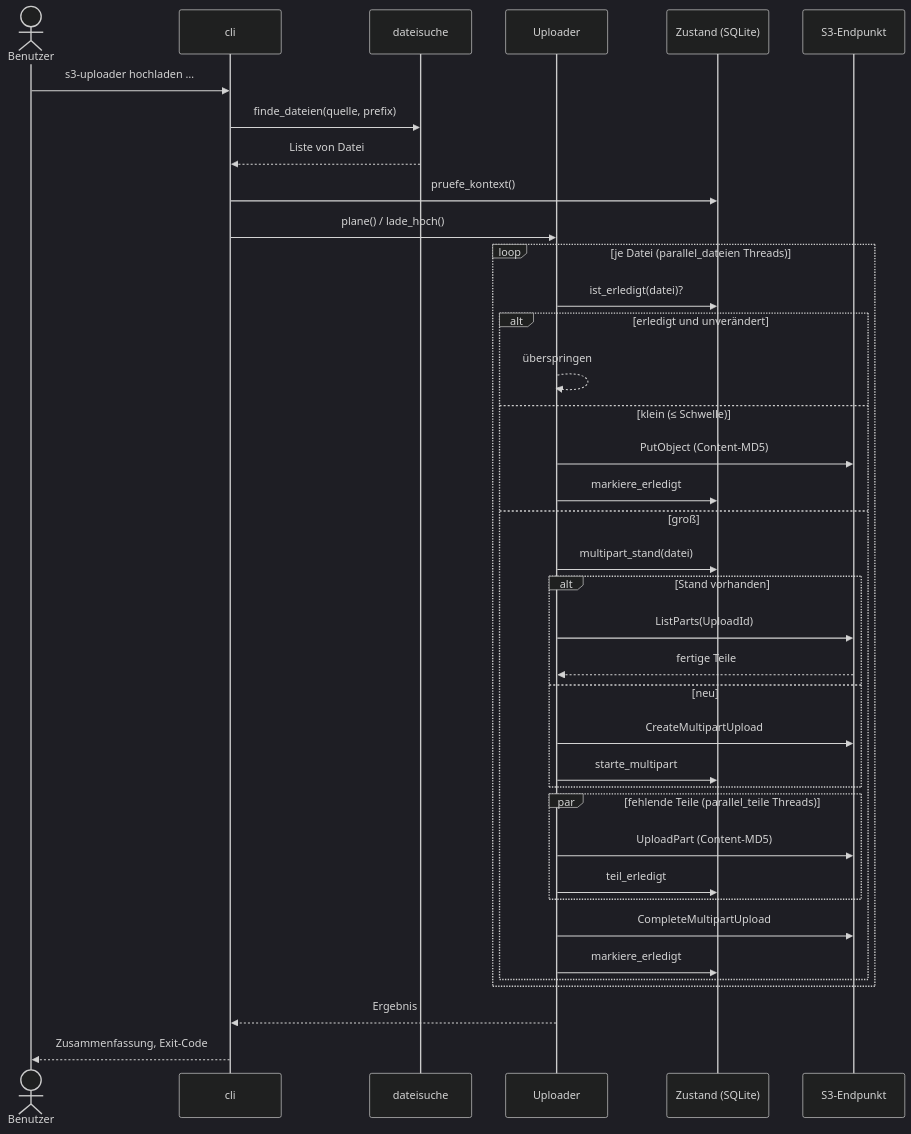
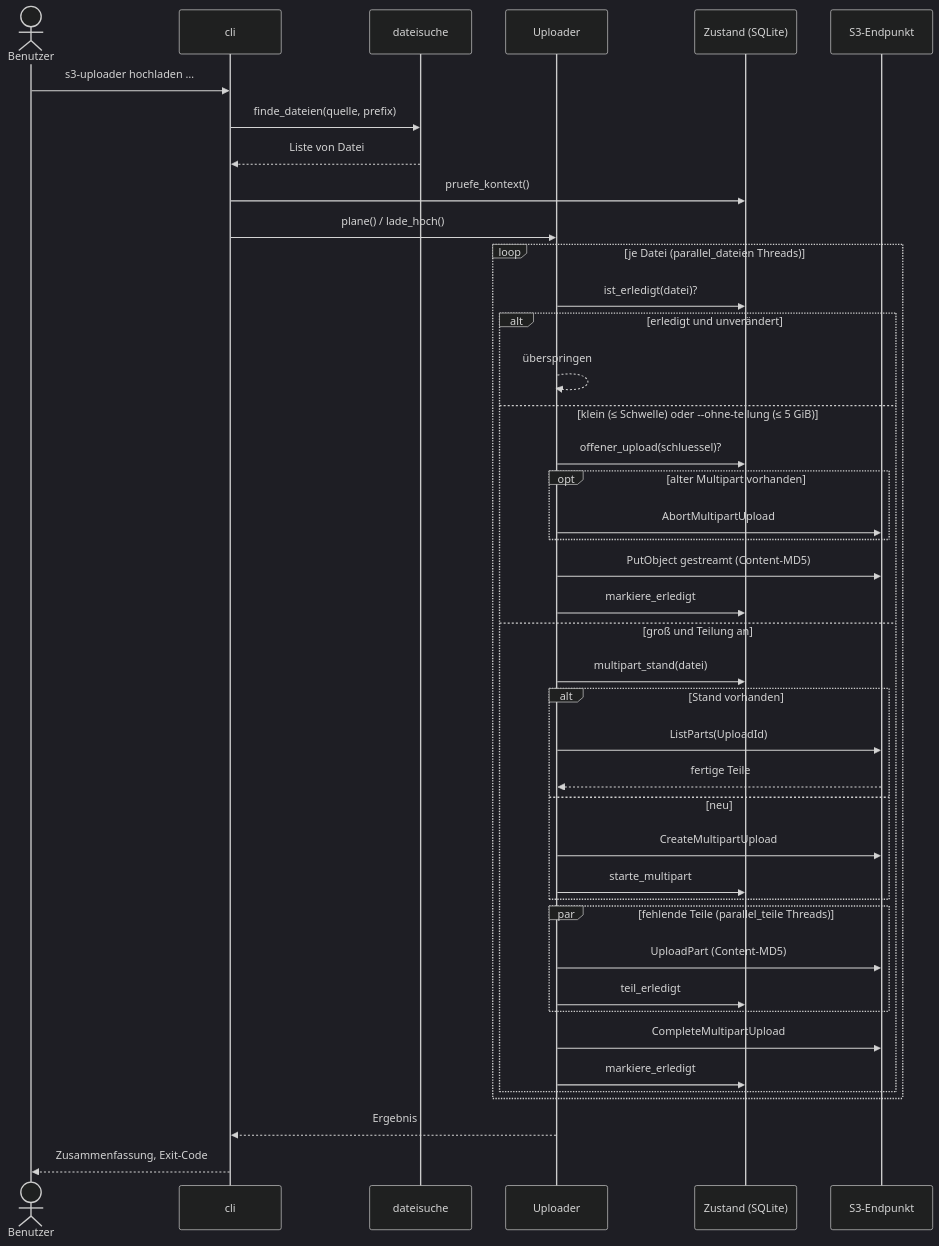
The third of 5 diagrams in docs/architektur.md (Weitenbummler/s3-uploader), drawn with Mermaid (dark theme) before and after one commit. The commit also changed other lines of this file and 4 other files, not shown here.

Commit message:
Dokumentation und Version 0.2.0 für --ohne-teilung nachziehen

````diff
--- a/docs/architektur.md
+++ b/docs/architektur.md
@@ -185,42 +188,46 @@
 ```mermaid
 sequenceDiagram
     actor Benutzer
     participant CLI as cli
     participant Suche as dateisuche
     participant U as Uploader
     participant Z as Zustand (SQLite)
     participant S3 as S3-Endpunkt
 
     Benutzer->>CLI: s3-uploader hochladen …
     CLI->>Suche: finde_dateien(quelle, prefix)
     Suche-->>CLI: Liste von Datei
     CLI->>Z: pruefe_kontext()
     CLI->>U: plane() / lade_hoch()
 
     loop je Datei (parallel_dateien Threads)
         U->>Z: ist_erledigt(datei)?
         alt erledigt und unverändert
             U-->>U: überspringen
-        else klein (≤ Schwelle)
-            U->>S3: PutObject (Content-MD5)
+        else klein (≤ Schwelle) oder --ohne-teilung (≤ 5 GiB)
+            U->>Z: offener_upload(schluessel)?
+            opt alter Multipart vorhanden
+                U->>S3: AbortMultipartUpload
+            end
+            U->>S3: PutObject gestreamt (Content-MD5)
             U->>Z: markiere_erledigt
-        else groß
+        else groß und Teilung an
             U->>Z: multipart_stand(datei)
             alt Stand vorhanden
                 U->>S3: ListParts(UploadId)
                 S3-->>U: fertige Teile
             else neu
                 U->>S3: CreateMultipartUpload
                 U->>Z: starte_multipart
             end
             par fehlende Teile (parallel_teile Threads)
                 U->>S3: UploadPart (Content-MD5)
                 U->>Z: teil_erledigt
             end
             U->>S3: CompleteMultipartUpload
             U->>Z: markiere_erledigt
         end
     end
     U-->>CLI: Ergebnis
     CLI-->>Benutzer: Zusammenfassung, Exit-Code
 ```
````
